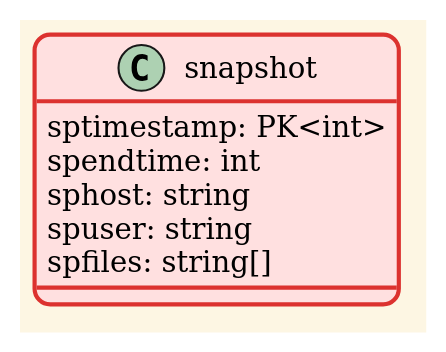
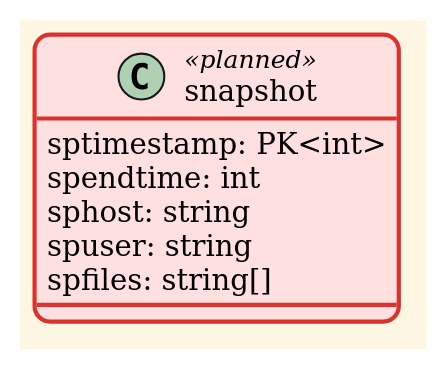
Before and after one commit to eLyKseeR/modelling: the diagram in relations.uml/snapshot.puml, drawn with PlantUML. The commit also changed 40 other files, not shown here.

```diff
--- a/relations.uml/snapshot.puml
+++ b/relations.uml/snapshot.puml
@@ -1,17 +1,18 @@
 @startuml snapshot
 
 !theme sunlust
 
-class snapshot {
+' PLANNED: not yet implemented in elykseer-ml (only snapshot_t = positive exists)
+class snapshot <<planned>> {
     sptimestamp: PK<int>
     spendtime: int
     sphost: string
     spuser: string
     spfiles: string[]
 }
 
 ' note right of snapshot::sptimestamp
 '     resolution < 1 ms
 ' end note
 
 @enduml
```
